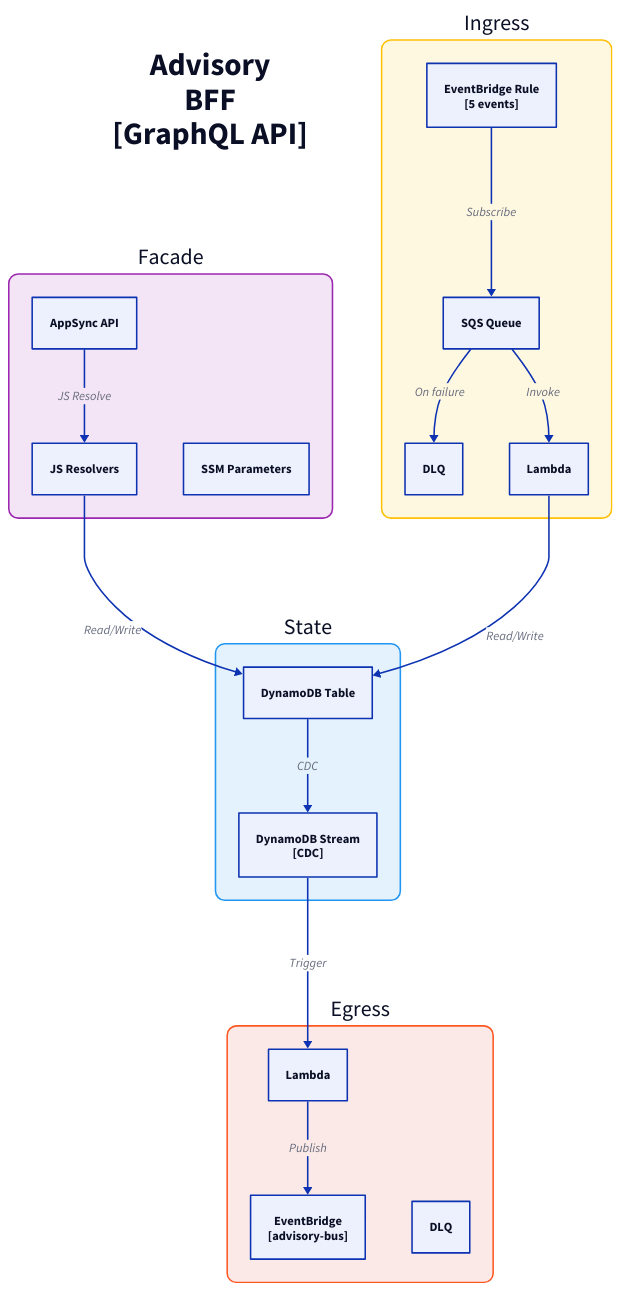
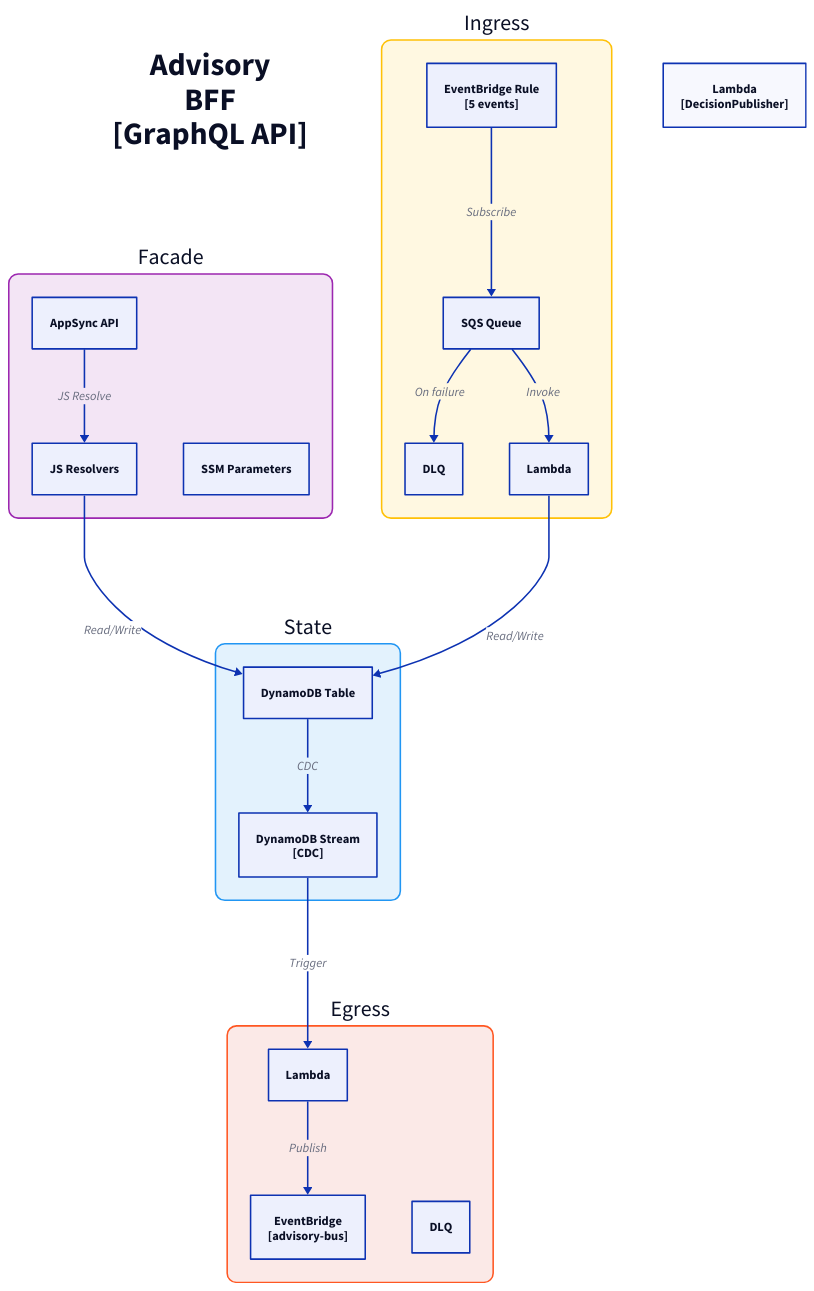
The diagram in docs/architecture/c3/advisory-bff.d2 (fabio-vitali/nestfolio), drawn with D2 before and after one commit. The commit also changed 21 other files, not shown here.

First line of the commit message:
docs: regen flow markdown + C4 diagrams for InvestorProfile collapse

```diff
--- a/docs/architecture/c3/advisory-bff.d2
+++ b/docs/architecture/c3/advisory-bff.d2
@@ -1,46 +1,48 @@
 direction: down
 
 title: "Advisory\nBFF\n[GraphQL API]" {
   style: { font-size: 40; bold: true; fill: transparent; stroke: transparent }
 }
 
 facade: "Facade" {
   style: { fill: "#F3E5F5"; stroke: "#9C27B0"; border-radius: 12; font-size: 28 }
   appsync: "AppSync API" { class: aws-appsync }
   resolvers: "JS Resolvers" { class: aws-lambda }
   appsync -> resolvers: JS Resolve
   ssm: "SSM Parameters" { class: aws-ssm }
 }
 
 ingress: "Ingress" {
   style: { fill: "#FFF8E1"; stroke: "#FFC107"; border-radius: 12; font-size: 28 }
   rule: "EventBridge Rule\n[5 events]" { class: aws-eventbridge }
   sqs: "SQS Queue" { class: aws-sqs }
   dlq: "DLQ" { class: aws-dlq }
   handler: "Lambda" { class: aws-lambda }
 
   rule -> sqs: Subscribe
   sqs -> handler: Invoke
   sqs -> dlq: On failure
 }
 
 state: "State" {
   style: { fill: "#E3F2FD"; stroke: "#2196F3"; border-radius: 12; font-size: 28 }
   table: "DynamoDB Table" { class: aws-dynamodb }
   stream: "DynamoDB Stream\n[CDC]" { class: aws-ddb-stream }
   table -> stream: CDC
 }
 
 egress: "Egress" {
   style: { fill: "#FBE9E7"; stroke: "#FF5722"; border-radius: 12; font-size: 28 }
   processor: "Lambda" { class: aws-lambda }
   bus: "EventBridge\n[advisory-bus]" { class: aws-eventbridge }
   dlq: "DLQ" { class: aws-dlq }
 
   processor -> bus: Publish
 }
 
+decision-publisher: "Lambda\n[DecisionPublisher]" { class: aws-lambda }
+
 # Flows
 facade.resolvers -> state.table: Read/Write
 ingress.handler -> state.table: Read/Write
 state.stream -> egress.processor: Trigger
```
